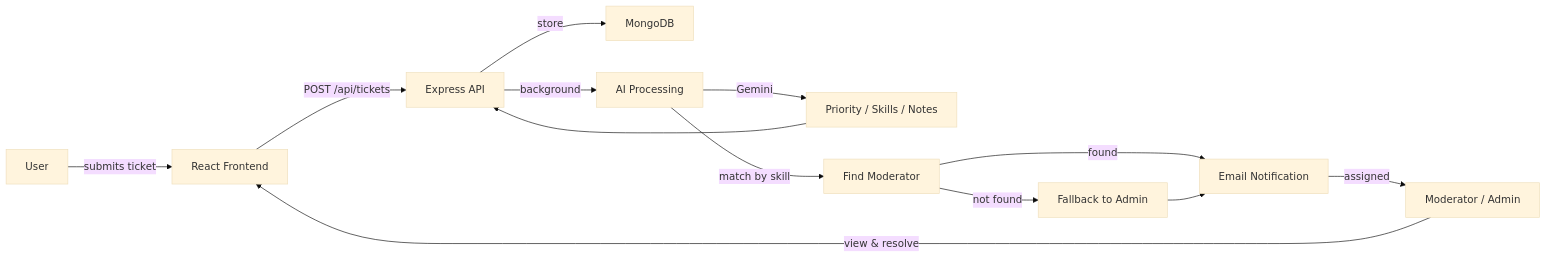
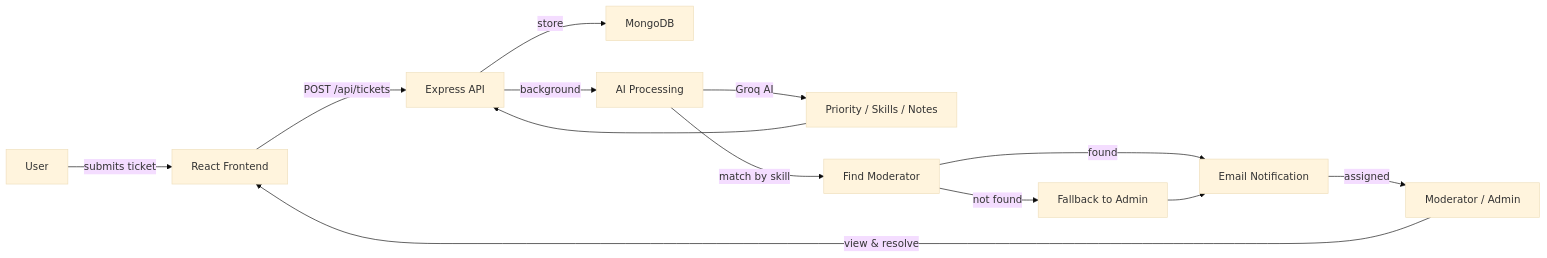
The diagram in readme.md (ankush-exploring/sortify), drawn with Mermaid (base theme) before and after one commit. The commit also changed other lines of this file and 4 other files, not shown here.

Commit message:
Swap Gemini for Groq AI, remove @inngest/agent-kit

````diff
--- a/readme.md
+++ b/readme.md
@@ -92,18 +92,18 @@
 ```mermaid
 flowchart LR
   A[User] -->|submits ticket| B[React Frontend]
   B -->|POST /api/tickets| C[Express API]
   C -->|store| D[MongoDB]
   C -->|background| E[AI Processing]
 
-  E -->|Gemini| F[Priority / Skills / Notes]
+  E -->|Groq AI| F[Priority / Skills / Notes]
   F --> C
 
   E -->|match by skill| G[Find Moderator]
   G -->|found| H[Email Notification]
   G -->|not found| I[Fallback to Admin]
   I --> H
 
   H -->|assigned| J[Moderator / Admin]
   J -->|view & resolve| B
 ```
````
